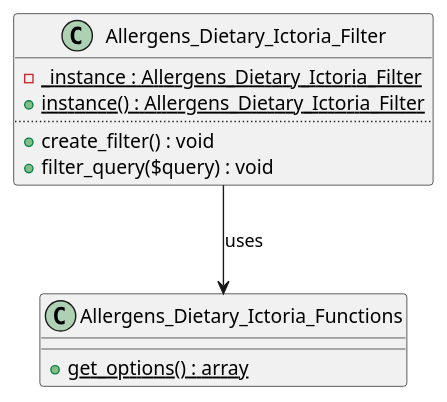
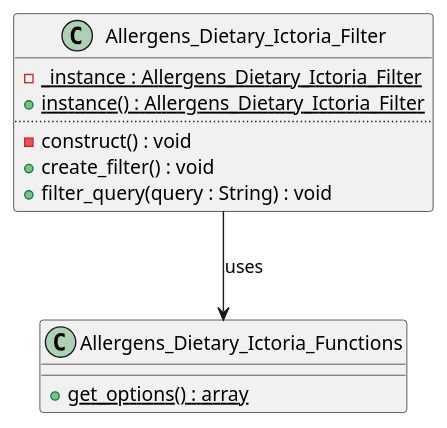
The diagram in UML/Allergens_Dietary_Ictoria_Filter_Diagram.puml (VerdiB/wp_allergenen_pro), drawn with PlantUML before and after one commit. The commit also changed 1 other file, not shown here.

```diff
--- a/UML/Allergens_Dietary_Ictoria_Filter_Diagram.puml
+++ b/UML/Allergens_Dietary_Ictoria_Filter_Diagram.puml
@@ -1,22 +1,23 @@
 @startuml Allergens_Dietary_Ictoria_Filter
 
 class Allergens_Dietary_Ictoria_Filter {
     -{static} _instance : Allergens_Dietary_Ictoria_Filter
     +{static} instance() : Allergens_Dietary_Ictoria_Filter
     ..
+    -construct() : void
     +create_filter() : void
-    +filter_query($query) : void
+    +filter_query(query : String) : void
 }
 
 class Allergens_Dietary_Ictoria_Functions {
     +{static} get_options() : array
 }
 
 ' interface WordPress_Plugin_API {
 '     +add_action(hook, callback)
 '     +add_filter(hook, callback)
 ' }
 
 Allergens_Dietary_Ictoria_Filter --> Allergens_Dietary_Ictoria_Functions : uses
 
 @enduml
```
